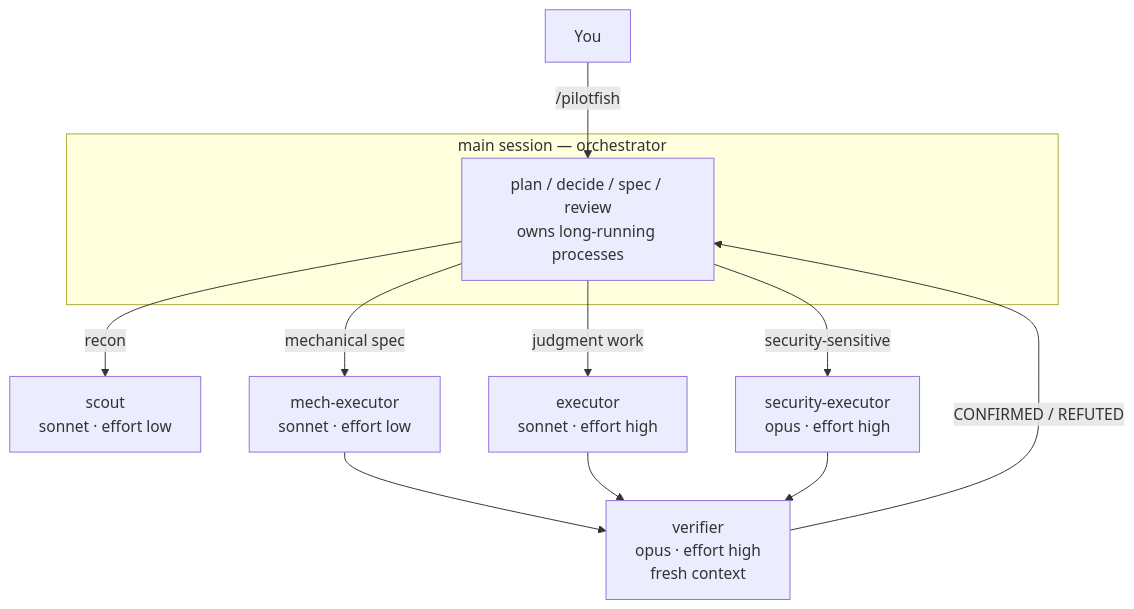
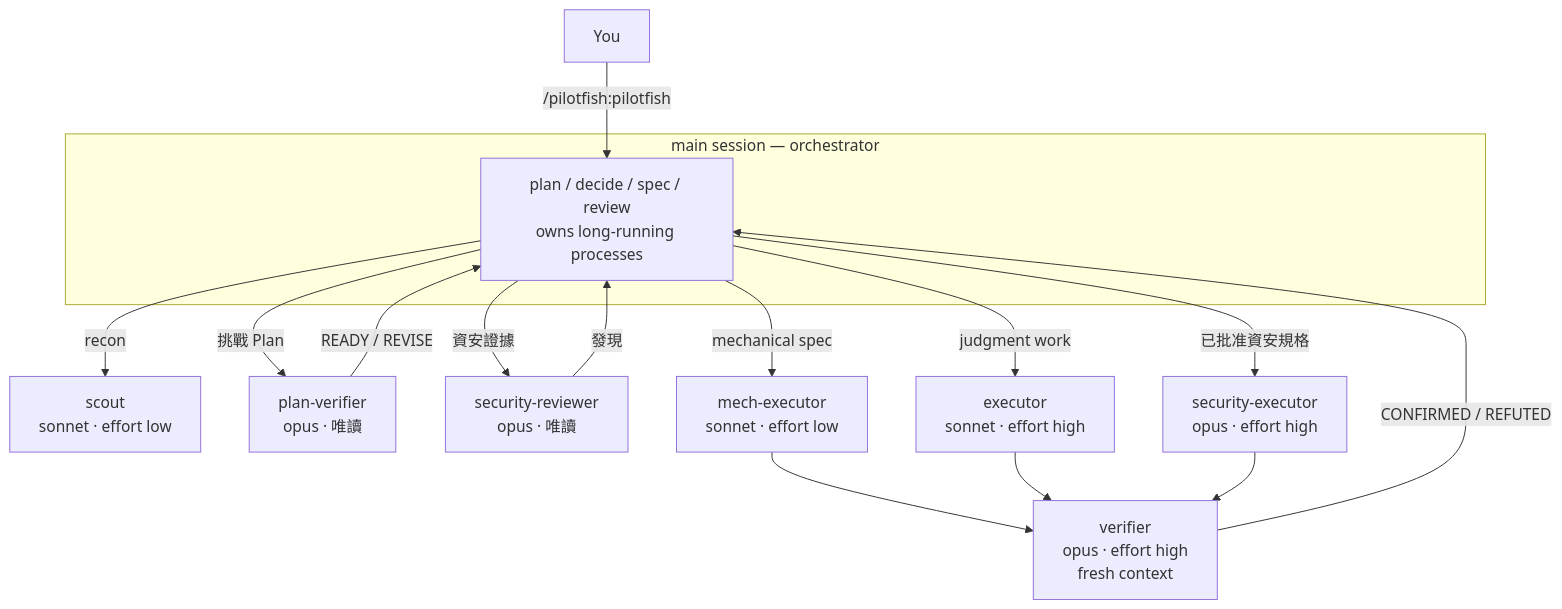
The diagram in README.zh-TW.md (Nanako0129/pilotfish), drawn with Mermaid before and after one commit. The commit also changed other lines of this file and 7 other files, not shown here.

````diff
--- a/README.zh-TW.md
+++ b/README.zh-TW.md
@@ -34,15 +36,19 @@
 ```mermaid
 flowchart TD
-    U[You] -->|/pilotfish| O
+    U[You] -->|/pilotfish:pilotfish| O
     subgraph MAIN["main session — orchestrator"]
         O["plan / decide / spec / review<br>owns long-running processes"]
     end
     O -->|recon| S["scout<br>sonnet · effort low"]
+    O -->|挑戰 Plan| PV["plan-verifier<br>opus · 唯讀"]
+    PV -->|READY / REVISE| O
+    O -->|資安證據| SR["security-reviewer<br>opus · 唯讀"]
+    SR -->|發現| O
     O -->|mechanical spec| M["mech-executor<br>sonnet · effort low"]
     O -->|judgment work| E["executor<br>sonnet · effort high"]
-    O -->|security-sensitive| SEC["security-executor<br>opus · effort high"]
+    O -->|已批准資安規格| SEC["security-executor<br>opus · effort high"]
     M --> V["verifier<br>opus · effort high<br>fresh context"]
     E --> V
     SEC --> V
     V -->|CONFIRMED / REFUTED| O
 ```
````
